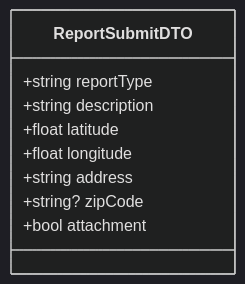
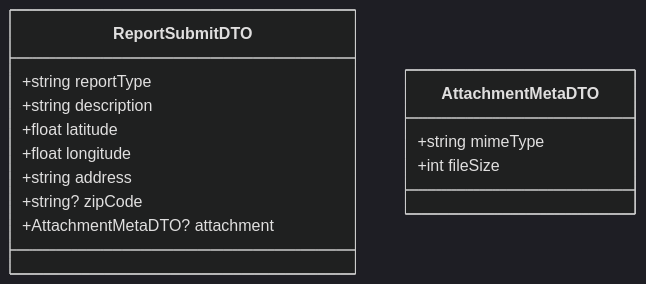
The first of 2 diagrams in docs/use_cases/submit_report_use_case.md (zhangs-tech/jalan-aman), drawn with Mermaid (dark theme) before and after one commit. The commit also changed other lines of this file, not shown here.

````diff
--- a/docs/use_cases/submit_report_use_case.md
+++ b/docs/use_cases/submit_report_use_case.md
@@ -52,12 +56,16 @@
 ```mermaid
 classDiagram
     class ReportSubmitDTO {
         +string reportType
         +string description
         +float latitude
         +float longitude
         +string address
         +string? zipCode
-        +bool attachment
+        +AttachmentMetaDTO? attachment
+    }
+    class AttachmentMetaDTO {
+        +string mimeType
+        +int fileSize
     }
 ```
````
